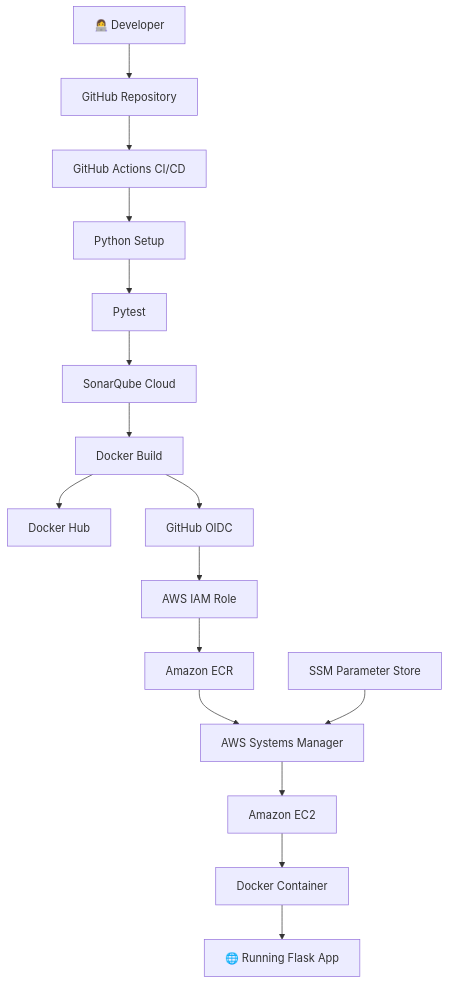
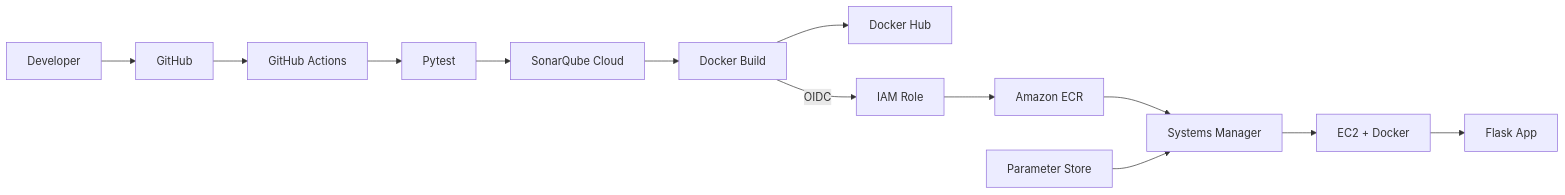
The diagram in README.md (Siddhiayare03/cloud-cicd-platform), drawn with Mermaid before and after one commit. The commit also changed other lines of this file, not shown here.

````diff
--- a/README.md
+++ b/README.md
@@ -67,22 +39,9 @@
 ```mermaid
-flowchart TD
-    A["👩‍💻 Developer"] --> B["GitHub Repository"]
-    B --> C["GitHub Actions CI/CD"]
-
-    C --> D["Python Setup"]
-    D --> E["Pytest"]
-    E --> F["SonarQube Cloud"]
-    F --> G["Docker Build"]
-
-    G --> H["Docker Hub"]
-    G --> I["GitHub OIDC"]
-    I --> J["AWS IAM Role"]
-    J --> K["Amazon ECR"]
-
-    K --> L["AWS Systems Manager"]
-    L --> M["Amazon EC2"]
-    M --> N["Docker Container"]
-    N --> O["🌐 Running Flask App"]
-
-    P["SSM Parameter Store"] --> L
+flowchart LR
+    Dev["Developer"] --> GH["GitHub"] --> GA["GitHub Actions"]
+    GA --> T["Pytest"] --> S["SonarQube Cloud"] --> B["Docker Build"]
+    B --> DH["Docker Hub"]
+    B -->|OIDC| IAM["IAM Role"] --> ECR["Amazon ECR"]
+    ECR --> SSM["Systems Manager"] --> EC2["EC2 + Docker"] --> App["Flask App"]
+    PS["Parameter Store"] --> SSM
 ```
````
